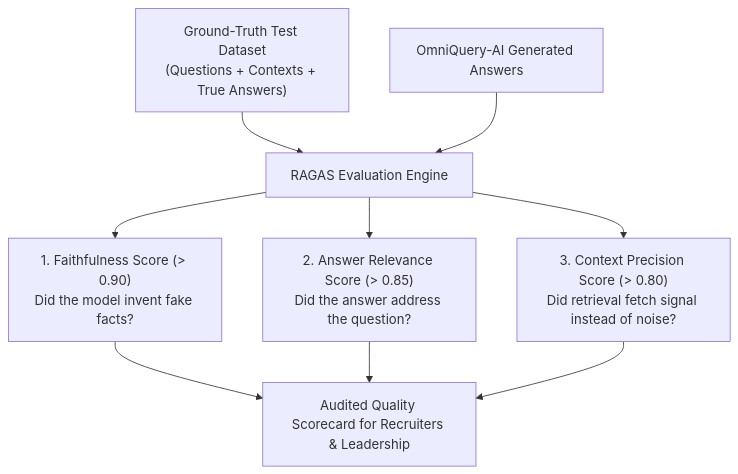
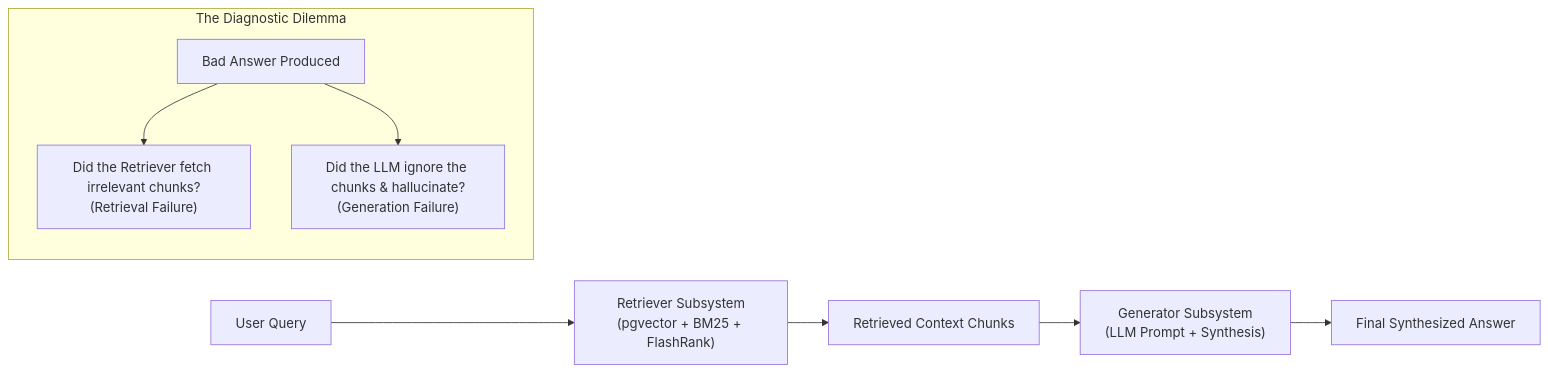
One commit to ccanishe/OmniQuery-AI changed the first of 2 diagrams in docs/08_RAGAS_QUALITY_EVALUATOR.md. Above: the diagram before and after it, drawn with Mermaid. The commit also changed other lines of this file and 1 other file, not shown here.

Commit message:
docs(eval): update RAGAS quality evaluator guide and expand interview question bank with evaluation metrics

````diff
--- a/docs/08_RAGAS_QUALITY_EVALUATOR.md
+++ b/docs/08_RAGAS_QUALITY_EVALUATOR.md
@@ -17,13 +35,13 @@
 ```mermaid
-flowchart TD
-    Dataset["Ground-Truth Test Dataset<br>(Questions + Contexts + True Answers)"] --> RAGASEngine["RAGAS Evaluation Engine"]
-    OmniOutput["OmniQuery-AI Generated Answers"] --> RAGASEngine
+flowchart LR
+    Q["User Query"] --> R["Retriever Subsystem<br>(pgvector + BM25 + FlashRank)"]
+    R --> C["Retrieved Context Chunks"]
+    C --> G["Generator Subsystem<br>(LLM Prompt + Synthesis)"]
+    G --> A["Final Synthesized Answer"]
     
-    RAGASEngine --> Metric1["1. Faithfulness Score (> 0.90)<br>Did the model invent fake facts?"]
-    RAGASEngine --> Metric2["2. Answer Relevance Score (> 0.85)<br>Did the answer address the question?"]
-    RAGASEngine --> Metric3["3. Context Precision Score (> 0.80)<br>Did retrieval fetch signal instead of noise?"]
-    
-    Metric1 --> Scorecard["Audited Quality Scorecard for Recruiters & Leadership"]
-    Metric2 --> Scorecard
-    Metric3 --> Scorecard
+    subgraph Diagnosis ["The Diagnostic Dilemma"]
+        direction TB
+        Fail["Bad Answer Produced"] --> Cause1["Did the Retriever fetch irrelevant chunks?<br>(Retrieval Failure)"]
+        Fail --> Cause2["Did the LLM ignore the chunks & hallucinate?<br>(Generation Failure)"]
+    end
 ```
````
